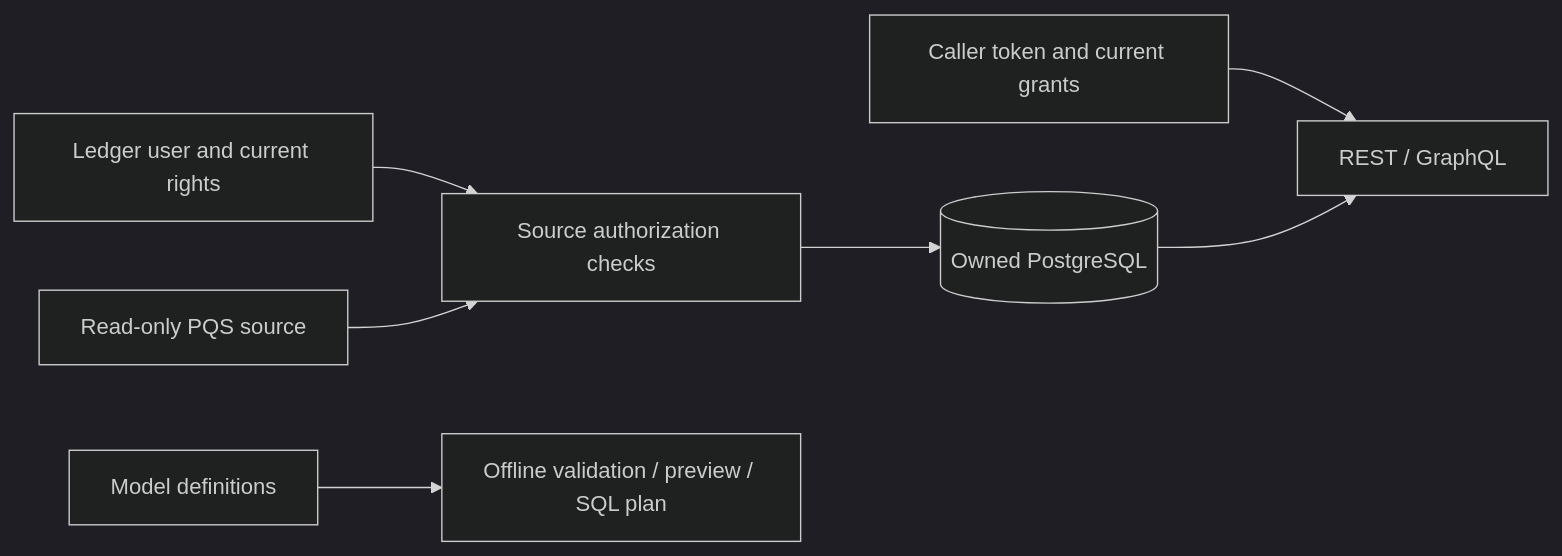
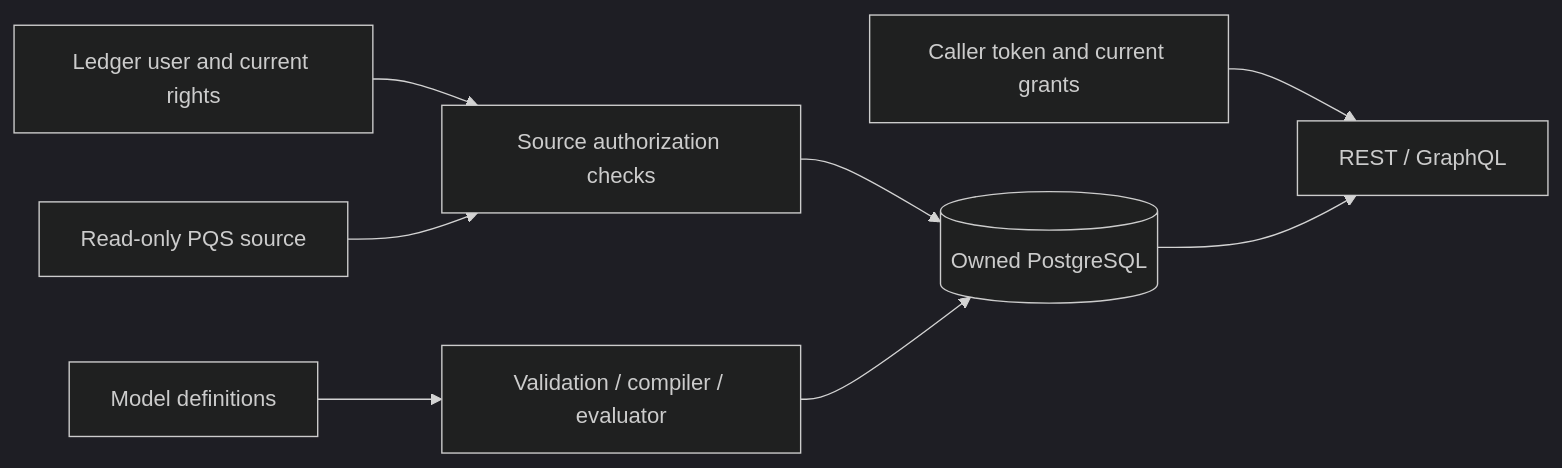
Before and after one commit to kunal171/cantongrid: the diagram in docs/architecture.md, drawn with Mermaid (dark theme). The commit also changed other lines of this file and 4 other files, not shown here.

````diff
--- a/docs/architecture.md
+++ b/docs/architecture.md
@@ -7,9 +7,10 @@
 ```mermaid
 flowchart LR
     L[Ledger user and current rights] --> W[Source authorization checks]
     P[Read-only PQS source] --> W
     W --> D[(Owned PostgreSQL)]
     C[Caller token and current grants] --> A[REST / GraphQL]
     D --> A
-    M[Model definitions] --> T[Offline validation / preview / SQL plan]
+    M[Model definitions] --> T[Validation / compiler / evaluator]
+    T --> D
 ```
````
